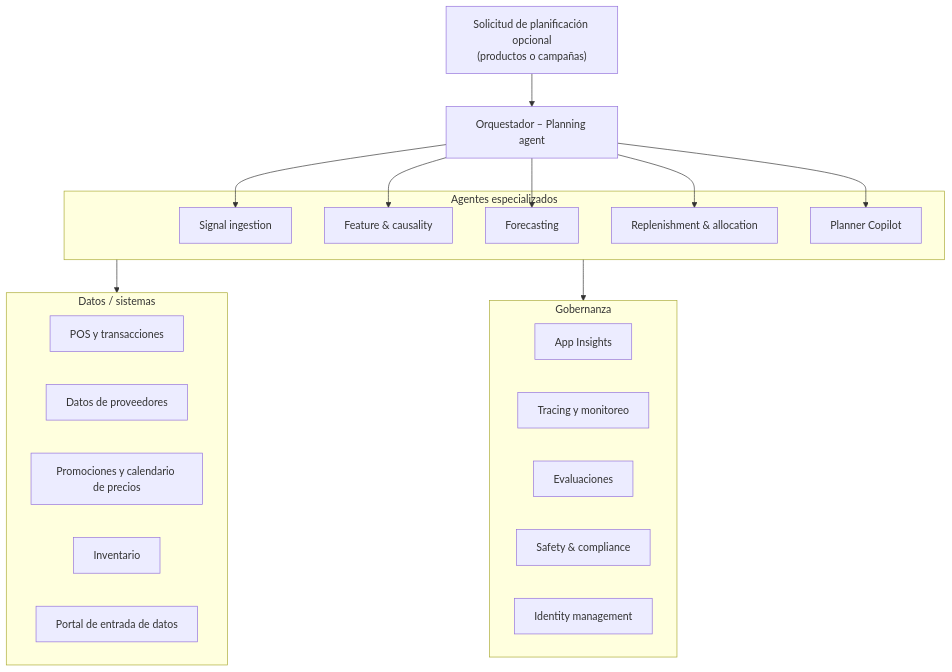
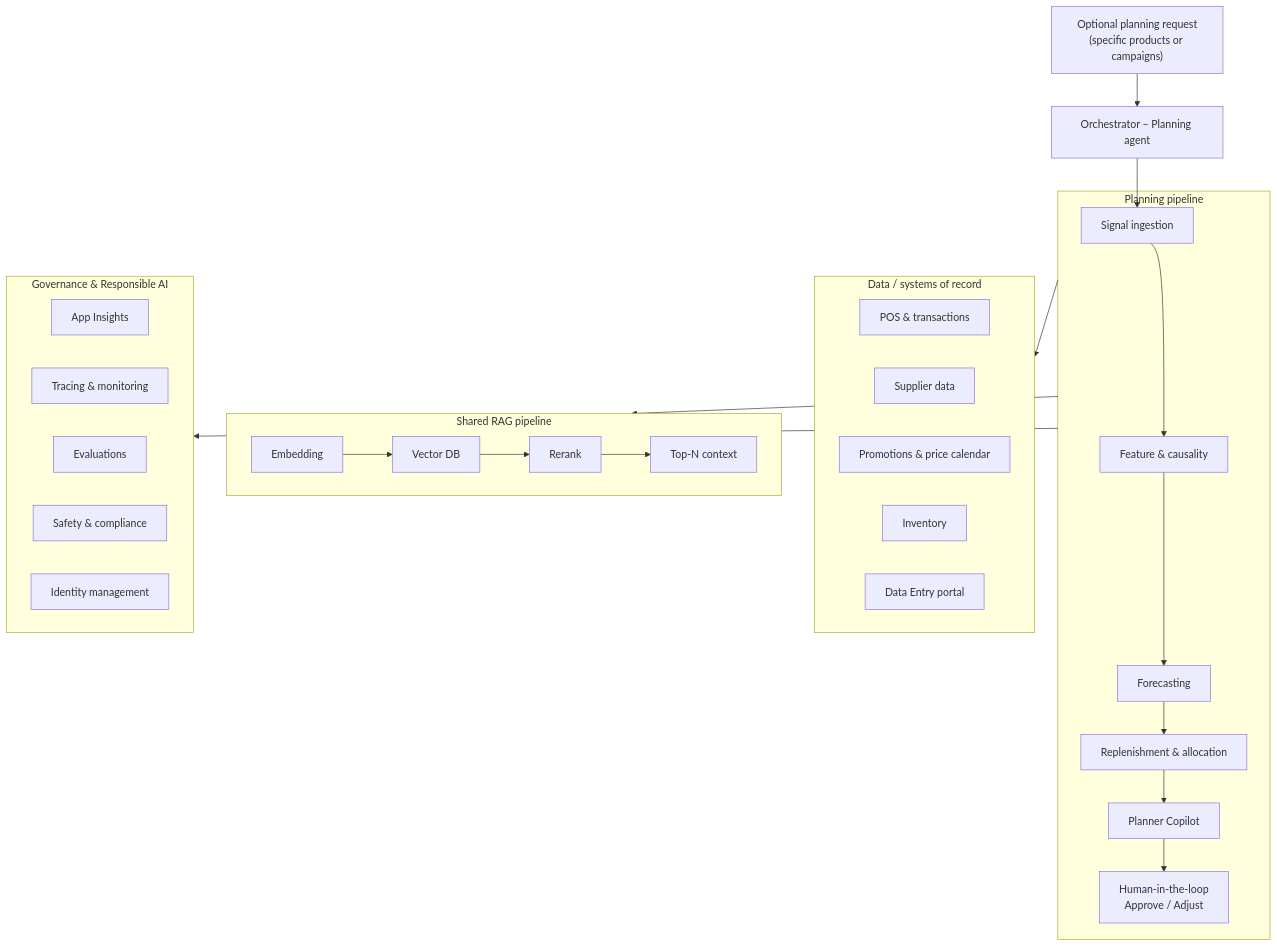
One commit to southworks/inesite-agentic-inventory-planning changed the diagram in workflow-summary.md. Above: the diagram before and after it, drawn with Mermaid. The commit also changed other lines of this file, not shown here.

````diff
--- a/workflow-summary.md
+++ b/workflow-summary.md
@@ -18,34 +59,45 @@
 ```mermaid
 flowchart TB
-    REQ["Solicitud de planificación opcional<br/>(productos o campañas)"]
-    ORCH["Orquestador – Planning agent"]
+    REQ["Optional planning request<br/>(specific products or campaigns)"]
+    ORCH["Orchestrator – Planning agent"]
 
-    subgraph agents [Agentes especializados]
+    subgraph pipeline [Planning pipeline]
         SIG["Signal ingestion"]
         FEAT["Feature & causality"]
         FCST["Forecasting"]
         REPL["Replenishment & allocation"]
         COP["Planner Copilot"]
+        HITL["Human-in-the-loop<br/>Approve / Adjust"]
+        SIG --> FEAT --> FCST --> REPL --> COP --> HITL
     end
 
-    subgraph data [Datos / sistemas]
-        POS["POS y transacciones"]
-        SUP["Datos de proveedores"]
-        PROMO["Promociones y calendario de precios"]
-        INV["Inventario"]
-        DE["Portal de entrada de datos"]
+    subgraph data [Data / systems of record]
+        POS["POS & transactions"]
+        SUP["Supplier data"]
+        PROMO["Promotions & price calendar"]
+        INV["Inventory"]
+        DE["Data Entry portal"]
     end
 
-    subgraph gov [Gobernanza]
+    subgraph rag [Shared RAG pipeline]
+        EMB["Embedding"]
+        VDB["Vector DB"]
+        RR["Rerank"]
+        TOP["Top-N context"]
+        EMB --> VDB --> RR --> TOP
+    end
+
+    subgraph gov [Governance & Responsible AI]
         G1["App Insights"]
-        G2["Tracing y monitoreo"]
-        G3["Evaluaciones"]
+        G2["Tracing & monitoring"]
+        G3["Evaluations"]
         G4["Safety & compliance"]
         G5["Identity management"]
     end
 
     REQ --> ORCH
-    ORCH --> SIG & FEAT & FCST & REPL & COP
-    agents --> data
-    agents --> gov
+    ORCH --> SIG
+    pipeline --> data
+    pipeline --> rag
+    pipeline --> gov
 ```
````
